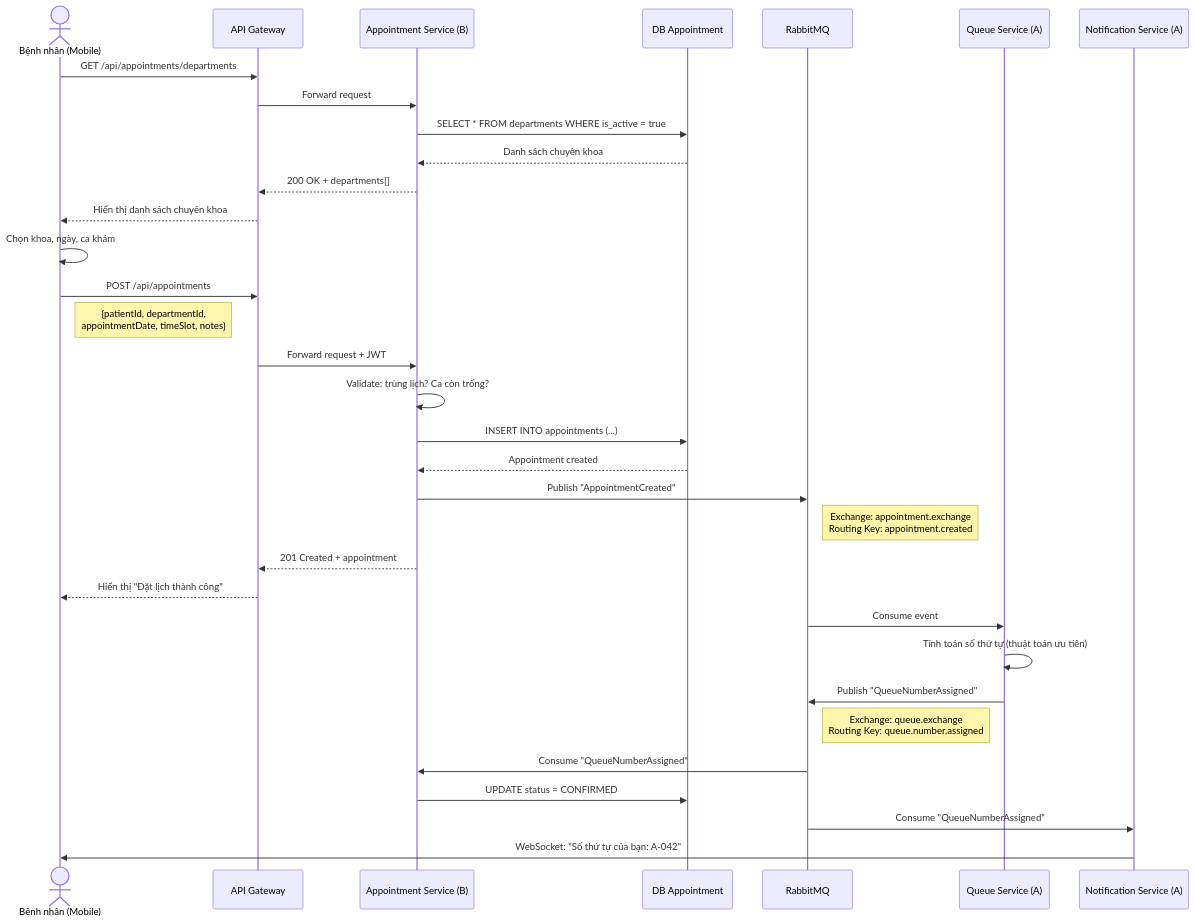
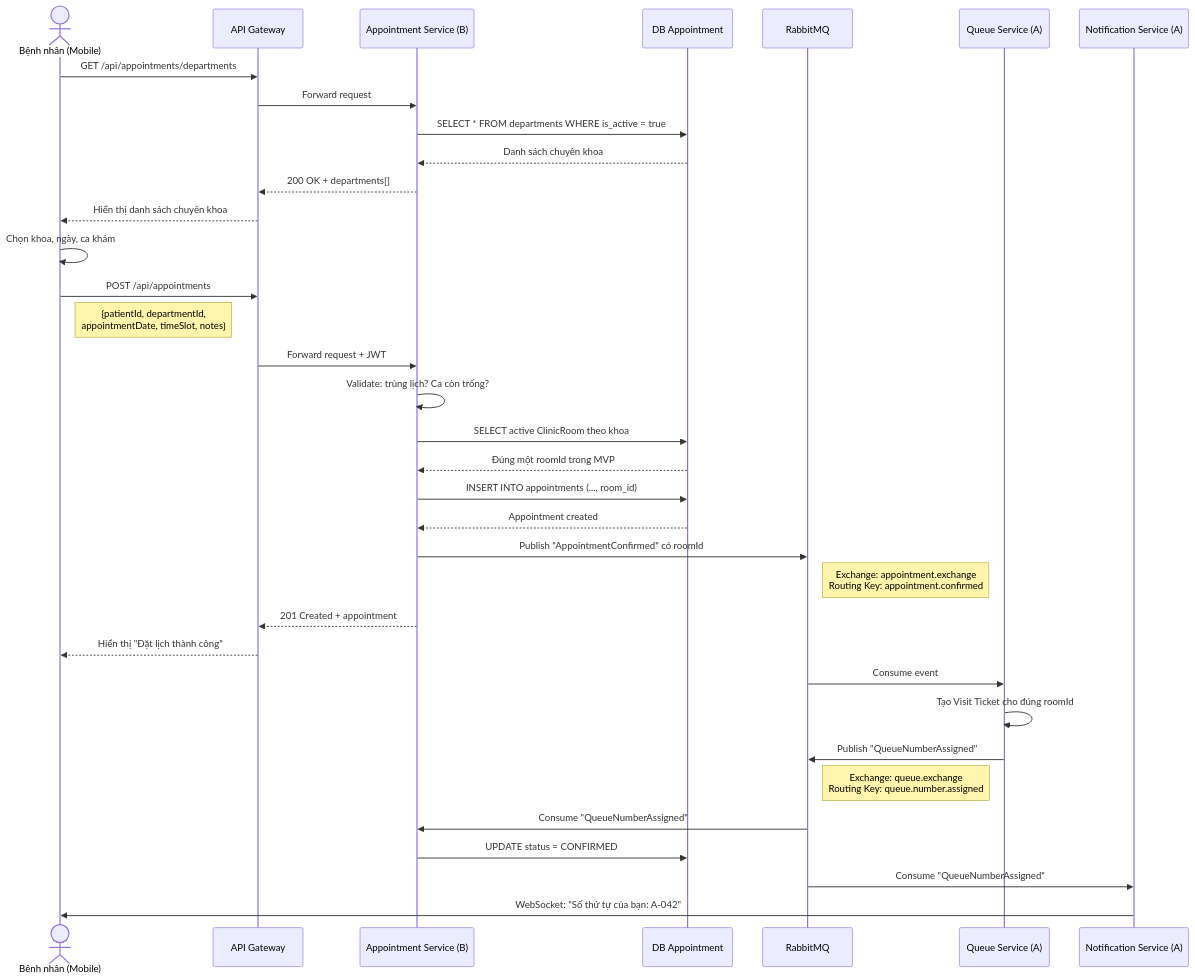
Before and after one commit to ntkhai268/careflow: the ninth of 13 diagrams in docs/ooad-person-b.md, drawn with Mermaid. The commit also changed other lines of this file and 29 other files, not shown here.

````diff
--- a/docs/ooad-person-b.md
+++ b/docs/ooad-person-b.md
@@ -845,43 +850,45 @@
 ```mermaid
 sequenceDiagram
     actor BN as Bệnh nhân (Mobile)
     participant GW as API Gateway
     participant AS as Appointment Service (B)
     participant DB_A as DB Appointment
     participant MQ as RabbitMQ
     participant QS as Queue Service (A)
     participant NS as Notification Service (A)
 
     BN->>GW: GET /api/appointments/departments
     GW->>AS: Forward request
     AS->>DB_A: SELECT * FROM departments WHERE is_active = true
     DB_A-->>AS: Danh sách chuyên khoa
     AS-->>GW: 200 OK + departments[]
     GW-->>BN: Hiển thị danh sách chuyên khoa
 
     BN->>BN: Chọn khoa, ngày, ca khám
 
     BN->>GW: POST /api/appointments
     Note right of BN: {patientId, departmentId,<br/>appointmentDate, timeSlot, notes}
     GW->>AS: Forward request + JWT
     AS->>AS: Validate: trùng lịch? Ca còn trống?
-    AS->>DB_A: INSERT INTO appointments (...)
+    AS->>DB_A: SELECT active ClinicRoom theo khoa
+    DB_A-->>AS: Đúng một roomId trong MVP
+    AS->>DB_A: INSERT INTO appointments (..., room_id)
     DB_A-->>AS: Appointment created
 
-    AS->>MQ: Publish "AppointmentCreated"
-    Note right of MQ: Exchange: appointment.exchange<br/>Routing Key: appointment.created
+    AS->>MQ: Publish "AppointmentConfirmed" có roomId
+    Note right of MQ: Exchange: appointment.exchange<br/>Routing Key: appointment.confirmed
 
     AS-->>GW: 201 Created + appointment
     GW-->>BN: Hiển thị "Đặt lịch thành công"
 
     MQ->>QS: Consume event
-    QS->>QS: Tính toán số thứ tự (thuật toán ưu tiên)
+    QS->>QS: Tạo Visit Ticket cho đúng roomId
     QS->>MQ: Publish "QueueNumberAssigned"
     Note right of MQ: Exchange: queue.exchange<br/>Routing Key: queue.number.assigned
 
     MQ->>AS: Consume "QueueNumberAssigned"
     AS->>DB_A: UPDATE status = CONFIRMED
 
     MQ->>NS: Consume "QueueNumberAssigned"
     NS->>BN: WebSocket: "Số thứ tự của bạn: A-042"
 ```
````
